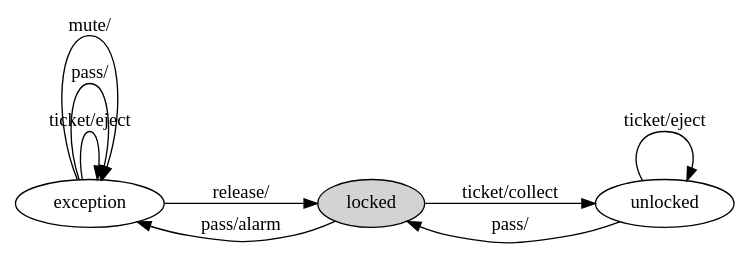
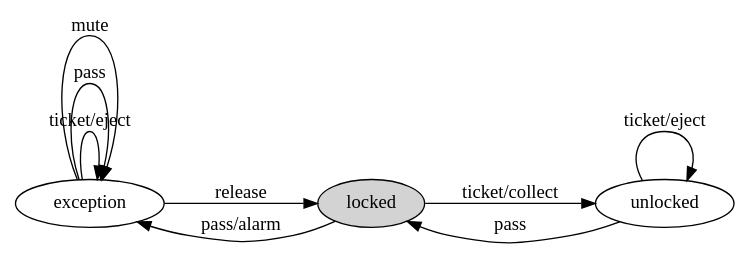
One commit to softlang/yas changed the diagram in languages/FSML/Python/dot/sample.dot. Above: the diagram before and after it, drawn with Graphviz. The commit also changed 30 other files, not shown here.

```diff
--- a/languages/FSML/Python/dot/sample.dot
+++ b/languages/FSML/Python/dot/sample.dot
@@ -1,18 +1,18 @@
 digraph  {
 	graph [nodesep=0.5,
 		rankdir=LR,
 		title="Sample FSM"
 	];
 	exception	 [shape=ellipse];
 	exception -> exception	 [label="ticket/eject"];
-	exception -> exception	 [label="pass/"];
-	exception -> exception	 [label="mute/"];
+	exception -> exception	 [label=pass];
+	exception -> exception	 [label=mute];
 	locked	 [shape=ellipse,
 		style=filled];
-	exception -> locked	 [label="release/"];
+	exception -> locked	 [label=release];
 	locked -> exception	 [label="pass/alarm"];
 	unlocked	 [shape=ellipse];
 	locked -> unlocked	 [label="ticket/collect"];
-	unlocked -> locked	 [label="pass/"];
+	unlocked -> locked	 [label=pass];
 	unlocked -> unlocked	 [label="ticket/eject"];
 }
```
